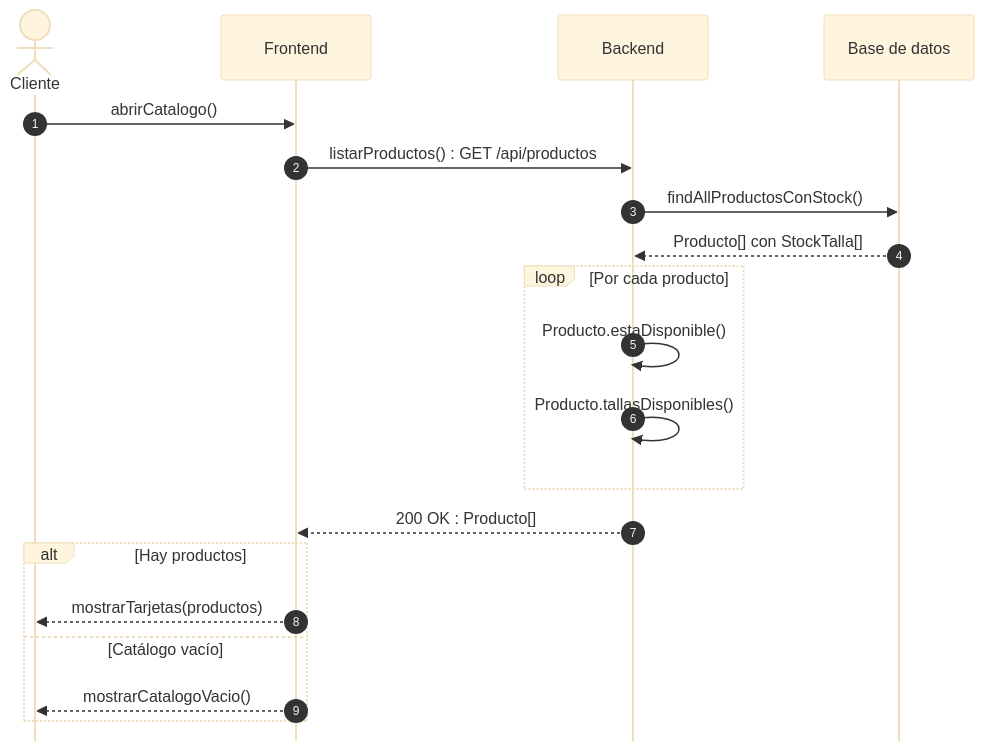
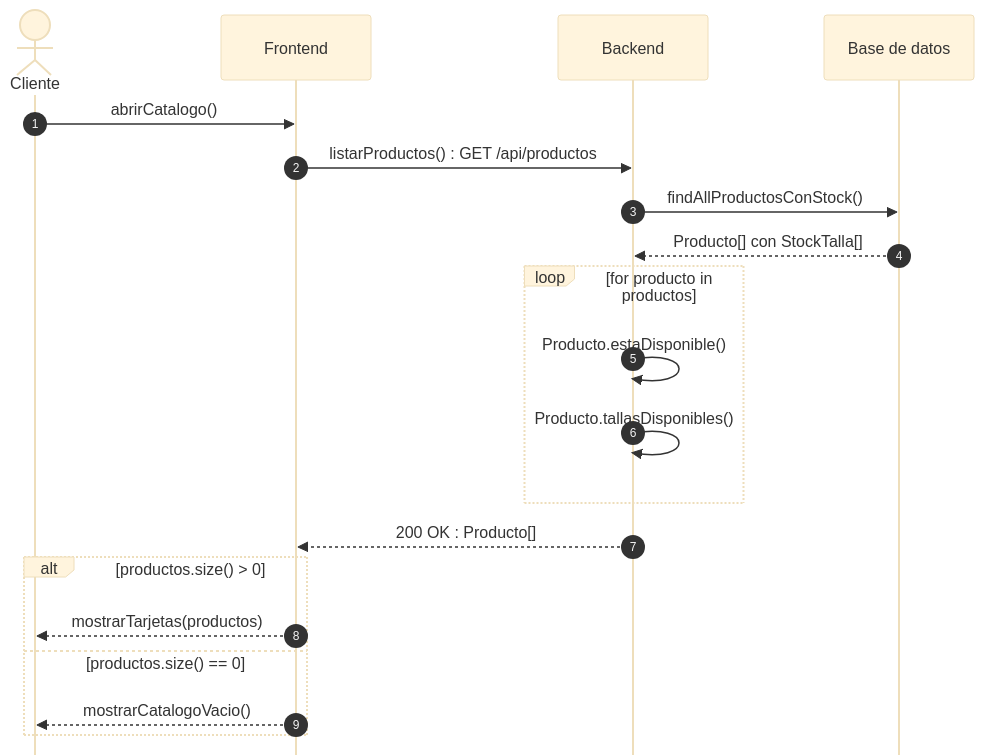
Before and after one commit to ajgarciarias10/PR3GPS: the diagram in Practica3_G11_LaTeX/codigo/sec_us01.mmd, drawn with Mermaid (base theme). The commit also changed 22 other files, not shown here.

```diff
--- a/Practica3_G11_LaTeX/codigo/sec_us01.mmd
+++ b/Practica3_G11_LaTeX/codigo/sec_us01.mmd
@@ -1,21 +1,21 @@
 %%{init: {'sequence': {'mirrorActors': false}}}%%
 sequenceDiagram
     autonumber
     actor U as Cliente
     participant FE as Frontend
     participant BE as Backend
     participant DB as Base de datos
     U->>FE: abrirCatalogo()
     FE->>BE: listarProductos() : GET /api/productos
     BE->>DB: findAllProductosConStock()
     DB-->>BE: Producto[] con StockTalla[]
-    loop Por cada producto
+    loop for producto in productos
         BE->>BE: Producto.estaDisponible()
         BE->>BE: Producto.tallasDisponibles()
     end
     BE-->>FE: 200 OK : Producto[]
-    alt Hay productos
+    alt productos.size() > 0
         FE-->>U: mostrarTarjetas(productos)
-    else Catálogo vacío
+    else productos.size() == 0
         FE-->>U: mostrarCatalogoVacio()
     end
```
